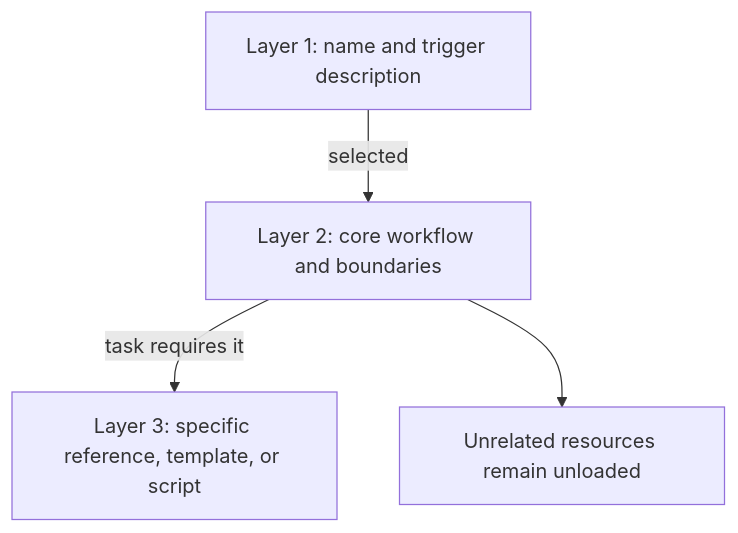
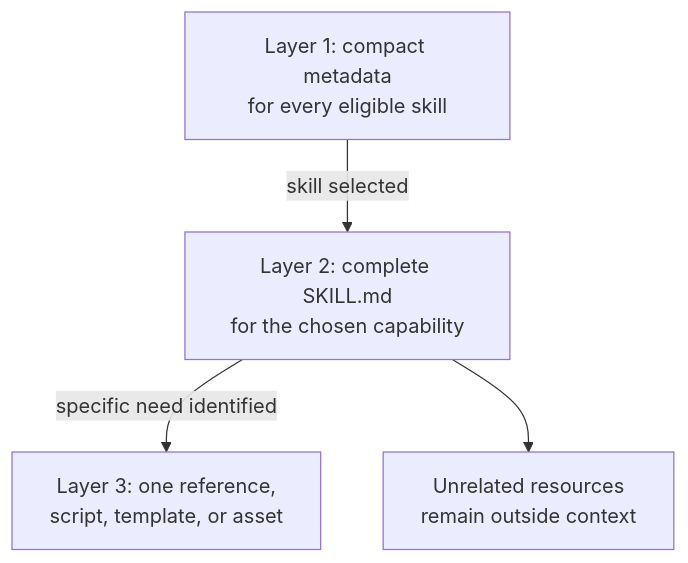
Before and after one commit to senlinyy/dev-roadmaps: the fourth of 10 diagrams in roadmaps/mlops/modules/llmops/skills-and-workflows/01-agent-skills.md, drawn with Mermaid. The commit also changed other lines of this file and 198 other files, not shown here.

````diff
--- a/roadmaps/mlops/modules/llmops/skills-and-workflows/01-agent-skills.md
+++ b/roadmaps/mlops/modules/llmops/skills-and-workflows/01-agent-skills.md
@@ -53,6 +202,7 @@
 ```mermaid
 flowchart TD
-    A[Layer 1: name and trigger description] -->|selected| B[Layer 2: core workflow and boundaries]
-    B -->|task requires it| C[Layer 3: specific reference, template, or script]
-    B --> D[Unrelated resources remain unloaded]
+    M["Layer 1: compact metadata<br/>for every eligible skill"]
+    M -->|"skill selected"| K["Layer 2: complete SKILL.md<br/>for the chosen capability"]
+    K -->|"specific need identified"| R["Layer 3: one reference,<br/>script, template, or asset"]
+    K --> U["Unrelated resources<br/>remain outside context"]
 ```
````
